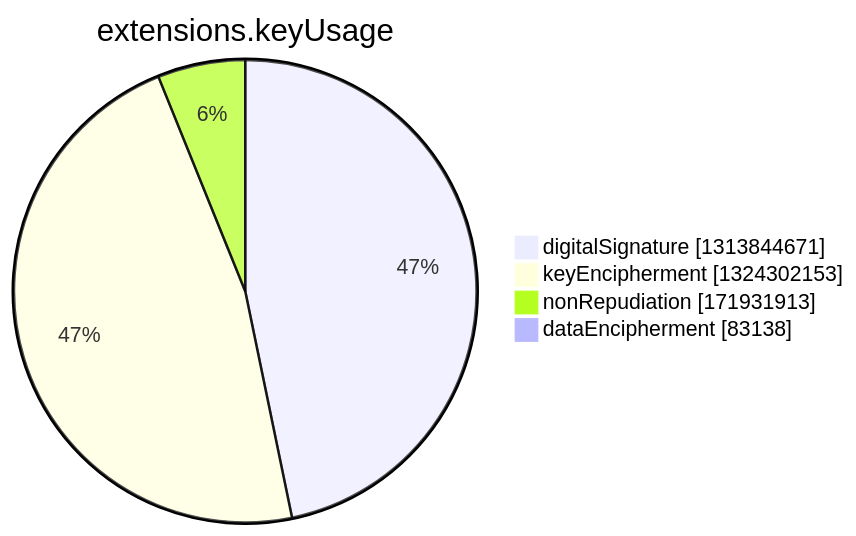
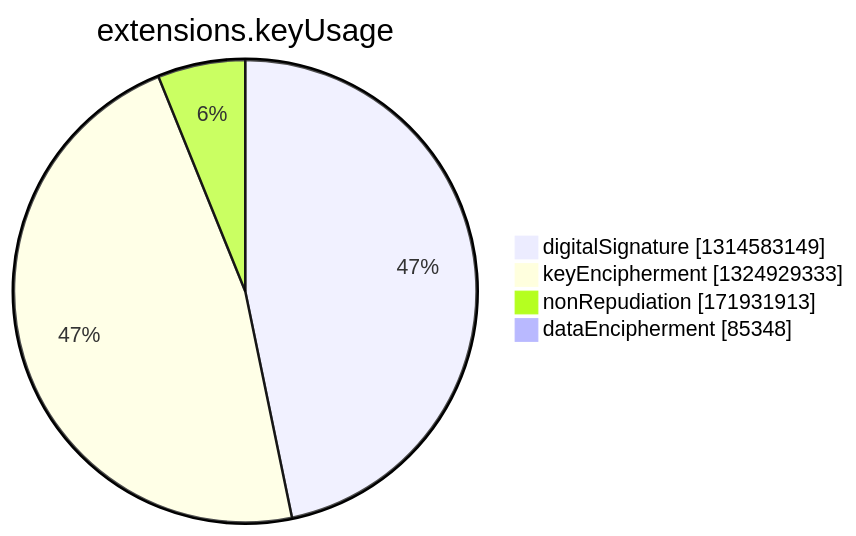
One commit to christiankrug/ctmonitor_visualization changed the seventh of 15 diagrams in argon2022/README.md. Above: the diagram before and after it, drawn with Mermaid. The commit also changed other lines of this file, not shown here.

````diff
--- a/argon2022/README.md
+++ b/argon2022/README.md
@@ -2750,8 +2750,8 @@
 ```mermaid
 pie showData
 title extensions.keyUsage
-"digitalSignature" :1313844671
-"keyEncipherment" :1324302153
+"digitalSignature" :1314583149
+"keyEncipherment" :1324929333
 "nonRepudiation" :171931913
-"dataEncipherment" :83138
+"dataEncipherment" :85348
 ```
````
